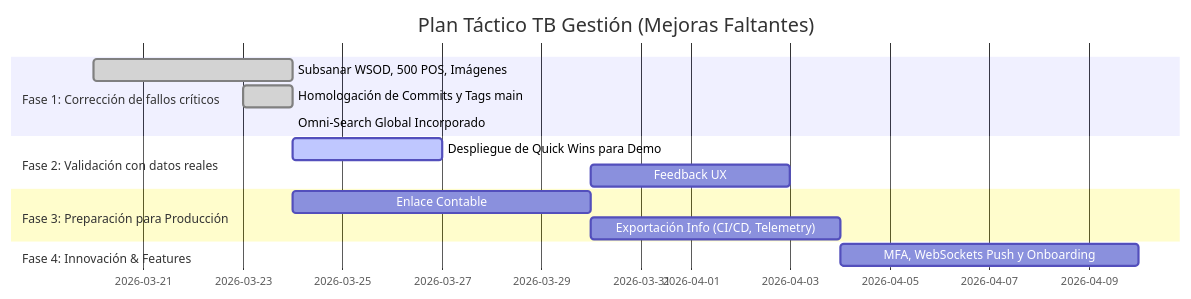
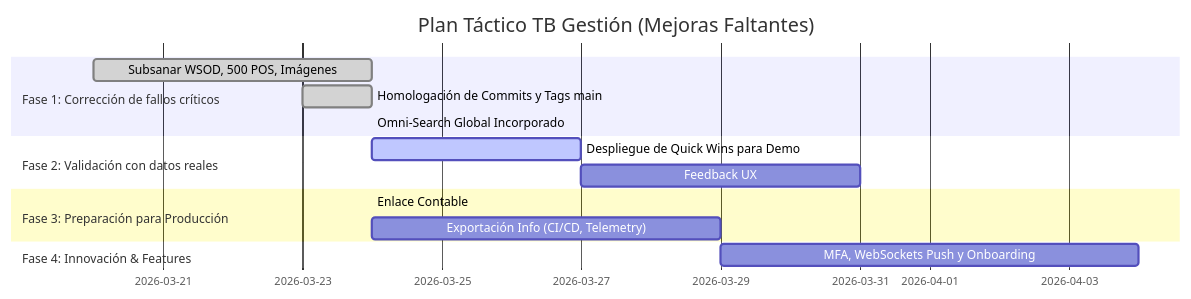
Before and after one commit to blackhout12-bot/Sistema-StockPro: the diagram in docs/ROADMAP.md, drawn with Mermaid. The commit also changed other lines of this file and 4 other files, not shown here.

Commit message:
feat: enlace contable vivo Facturación -> CuentasCobrar/CuentasPagar

````diff
--- a/docs/ROADMAP.md
+++ b/docs/ROADMAP.md
@@ -36,21 +36,21 @@
 ```mermaid
 gantt
     title Plan Táctico TB Gestión (Mejoras Faltantes)
     dateFormat  YYYY-MM-DD
     
     section Fase 1: Corrección de fallos críticos
     Subsanar WSOD, 500 POS, Imágenes       :done, f1, 2026-03-20, 2026-03-24
     Homologación de Commits y Tags main    :done, f2, 2026-03-23, 2026-03-24
     Omni-Search Global Incorporado         :done, f25, 2026-03-24, 2026-03-24
     
     section Fase 2: Validación con datos reales
     Despliegue de Quick Wins para Demo     :active, f3, 2026-03-24, 3d
     Feedback UX                            :f4, after f3, 4d
     
     section Fase 3: Preparación para Producción
-    Enlace Contable                        :f3, after f2, 6d
-    Exportación Info (CI/CD, Telemetry)    :f4, after f3, 5d
+    Enlace Contable                        :done, f30, 2026-03-24, 2026-03-24
+    Exportación Info (CI/CD, Telemetry)    :f4, after f30, 5d
     
     section Fase 4: Innovación & Features
     MFA, WebSockets Push y Onboarding      :f5, after f4, 6d
 ```
````
